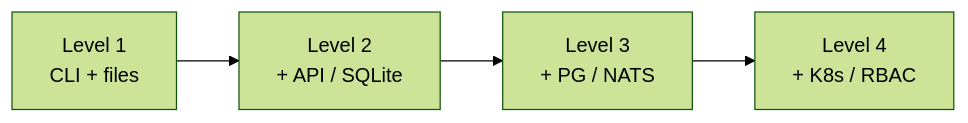
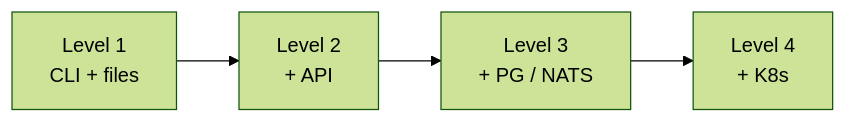
Before and after one commit to viantonugroho11/Anvio: the fifth of 5 diagrams in README.md, drawn with Mermaid (forest theme). The commit also changed other lines of this file, not shown here.

First line of the commit message:
docs(readme): expand quick start, usage guide, and architecture visuals

````diff
--- a/README.md
+++ b/README.md
@@ -497,9 +680,9 @@
 ```mermaid
 flowchart LR
     L1["Level 1<br/>CLI + files"]
-    L2["Level 2<br/>+ API / SQLite"]
+    L2["Level 2<br/>+ API"]
     L3["Level 3<br/>+ PG / NATS"]
-    L4["Level 4<br/>+ K8s / RBAC"]
+    L4["Level 4<br/>+ K8s"]
 
     L1 --> L2 --> L3 --> L4
 ```
````
